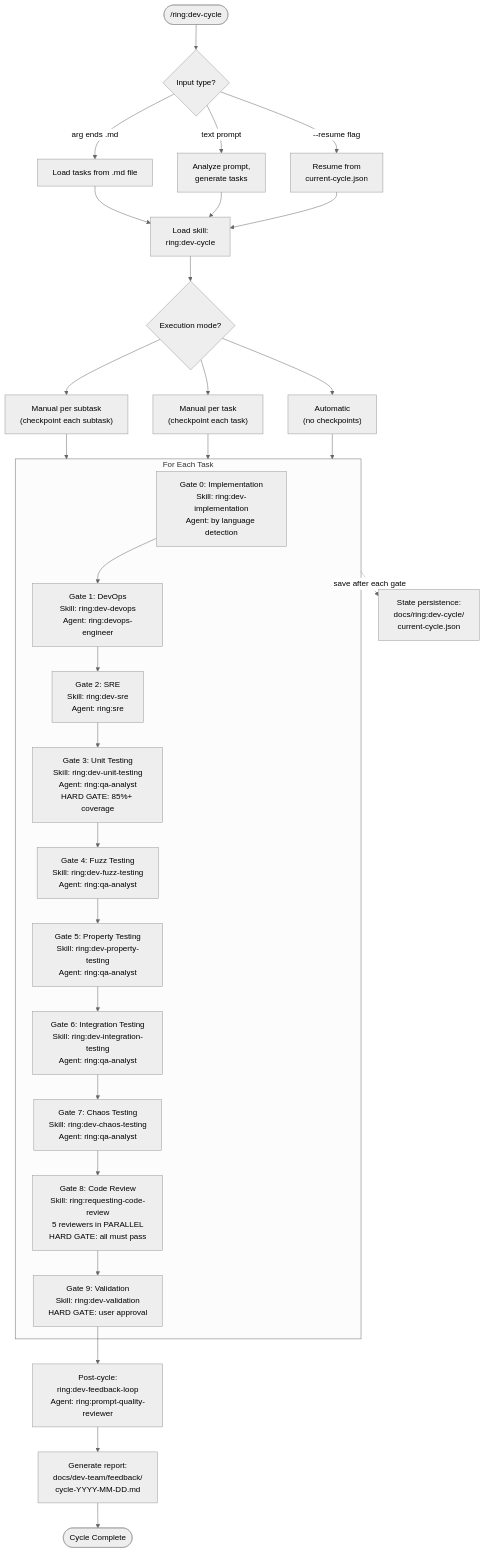
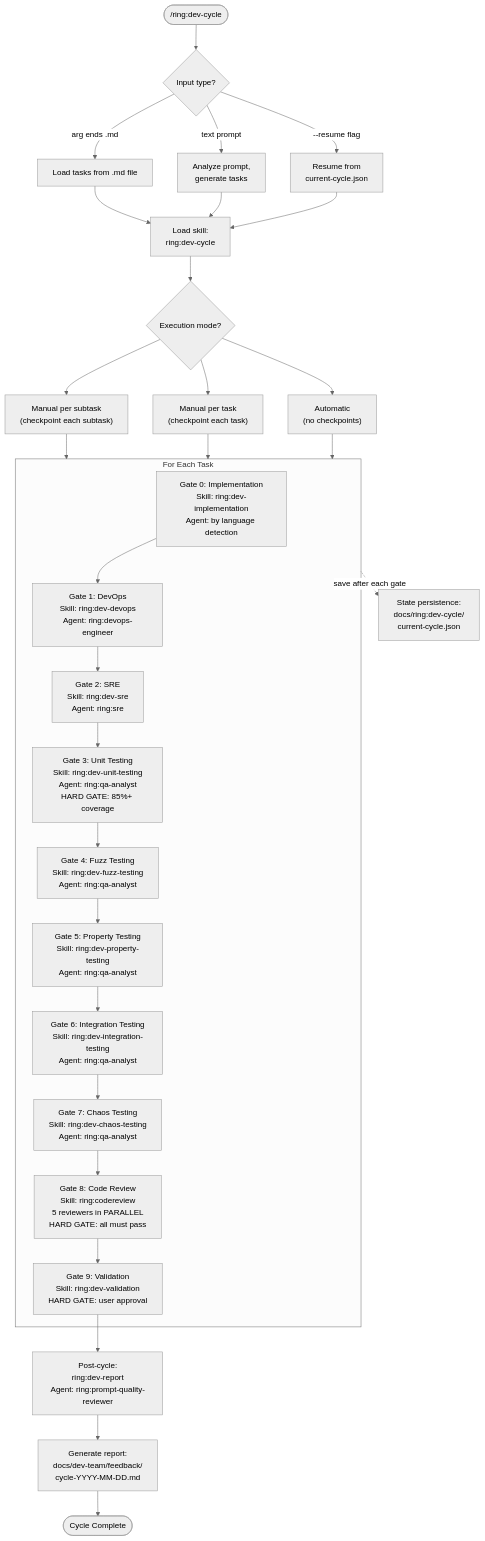
Diagram 13 of 21 in dev-team/docs/dependency-diagrams.md (alexgarzao/ring), drawn with Mermaid (neutral theme) before and after one commit. The commit also changed other lines of this file and 131 other files, not shown here.

````diff
--- a/dev-team/docs/dependency-diagrams.md
+++ b/dev-team/docs/dependency-diagrams.md
@@ -602,51 +602,51 @@
 ```mermaid
 flowchart TD
     start(["/ring:dev-cycle"])
 
     parse{"Input type?"}
     loadFile["Load tasks from .md file"]
     parsePrompt["Analyze prompt,<br/>generate tasks"]
     resumeState["Resume from<br/>current-cycle.json"]
 
     loadSkill["Load skill:<br/>ring:dev-cycle"]
 
     askMode{"Execution mode?"}
     manual_sub["Manual per subtask<br/>(checkpoint each subtask)"]
     manual_task["Manual per task<br/>(checkpoint each task)"]
     auto["Automatic<br/>(no checkpoints)"]
 
     start --> parse
     parse -->|"arg ends .md"| loadFile
     parse -->|"text prompt"| parsePrompt
     parse -->|"--resume flag"| resumeState
     loadFile --> loadSkill
     parsePrompt --> loadSkill
     resumeState --> loadSkill
     loadSkill --> askMode
     askMode --> manual_sub & manual_task & auto
 
     subgraph PerTask["For Each Task"]
         g0["Gate 0: Implementation<br/>Skill: ring:dev-implementation<br/>Agent: by language detection"]
         g1["Gate 1: DevOps<br/>Skill: ring:dev-devops<br/>Agent: ring:devops-engineer"]
         g2["Gate 2: SRE<br/>Skill: ring:dev-sre<br/>Agent: ring:sre"]
         g3["Gate 3: Unit Testing<br/>Skill: ring:dev-unit-testing<br/>Agent: ring:qa-analyst<br/>HARD GATE: 85%+ coverage"]
         g4["Gate 4: Fuzz Testing<br/>Skill: ring:dev-fuzz-testing<br/>Agent: ring:qa-analyst"]
         g5["Gate 5: Property Testing<br/>Skill: ring:dev-property-testing<br/>Agent: ring:qa-analyst"]
         g6["Gate 6: Integration Testing<br/>Skill: ring:dev-integration-testing<br/>Agent: ring:qa-analyst"]
         g7["Gate 7: Chaos Testing<br/>Skill: ring:dev-chaos-testing<br/>Agent: ring:qa-analyst"]
-        g8["Gate 8: Code Review<br/>Skill: ring:requesting-code-review<br/>5 reviewers in PARALLEL<br/>HARD GATE: all must pass"]
+        g8["Gate 8: Code Review<br/>Skill: ring:codereview<br/>5 reviewers in PARALLEL<br/>HARD GATE: all must pass"]
         g9["Gate 9: Validation<br/>Skill: ring:dev-validation<br/>HARD GATE: user approval"]
 
         g0 --> g1 --> g2 --> g3 --> g4
         g4 --> g5 --> g6 --> g7 --> g8 --> g9
     end
 
     manual_sub & manual_task & auto --> PerTask
 
-    g9 --> feedback["Post-cycle:<br/>ring:dev-feedback-loop<br/>Agent: ring:prompt-quality-reviewer"]
+    g9 --> feedback["Post-cycle:<br/>ring:dev-report<br/>Agent: ring:prompt-quality-reviewer"]
     feedback --> report["Generate report:<br/>docs/dev-team/feedback/<br/>cycle-YYYY-MM-DD.md"]
     report --> done([Cycle Complete])
 
     state["State persistence:<br/>docs/ring:dev-cycle/<br/>current-cycle.json"]
     PerTask -.->|"save after each gate"| state
 ```
````
